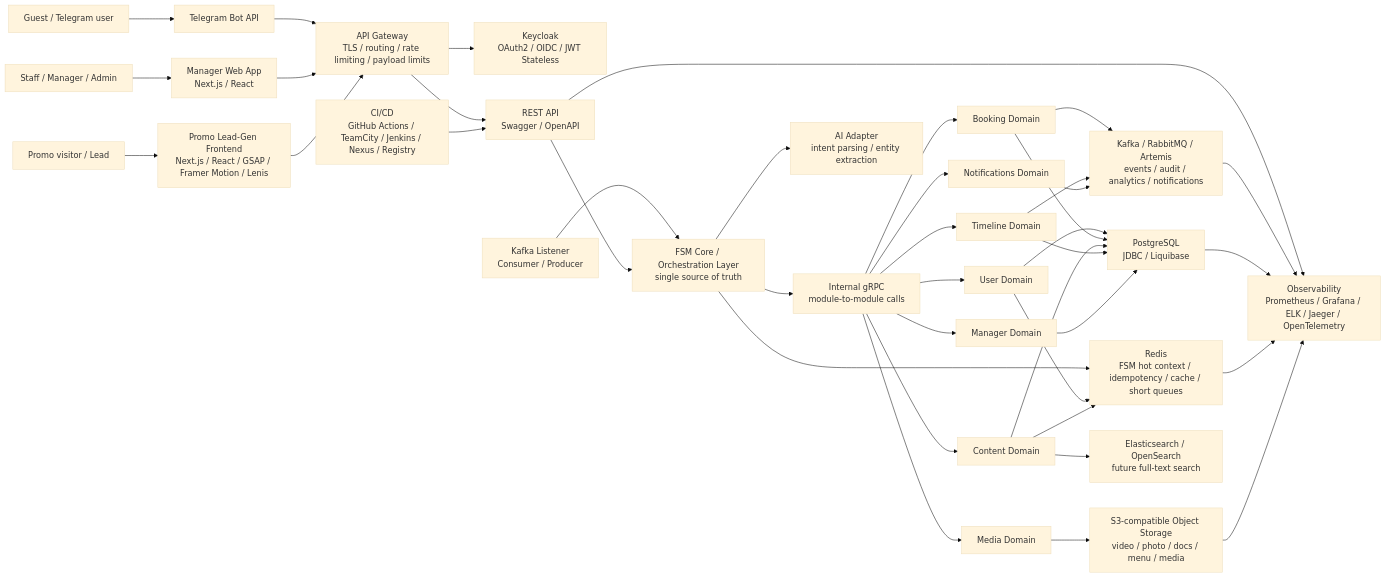
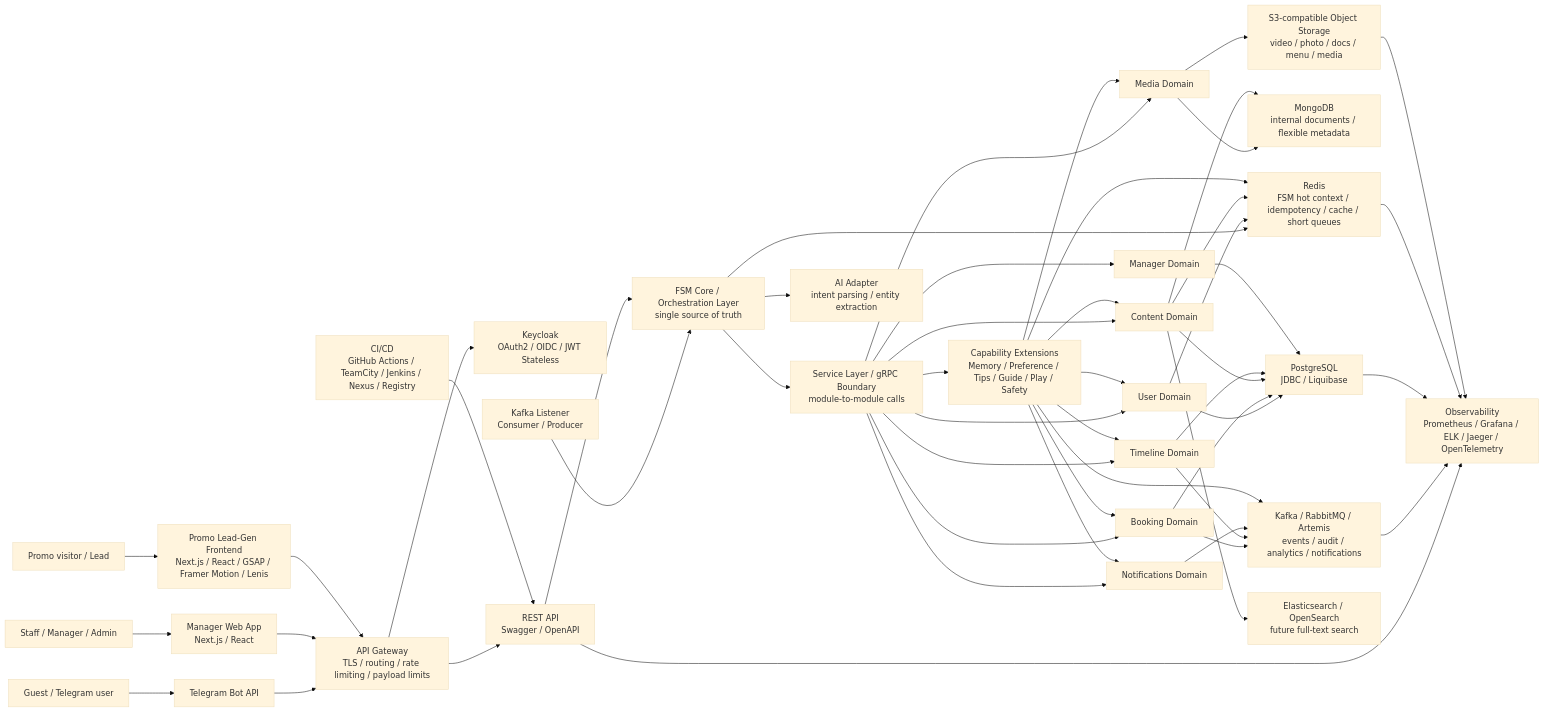
The first of 2 diagrams in docs/ARCHITECTURE.md (michaelwelly/Astor_Butler_MVP), drawn with Mermaid (base theme) before and after one commit. The commit also changed other lines of this file and 72 other files, not shown here.

```diff
--- a/docs/ARCHITECTURE.md
+++ b/docs/ARCHITECTURE.md
@@ -23,7 +23,7 @@
 
     Rest["REST API<br/>Swagger / OpenAPI"]
     KafkaIn["Kafka Listener<br/>Consumer / Producer"]
-    Grpc["Internal gRPC<br/>module-to-module calls"]
+    Services["Service Layer / gRPC Boundary<br/>module-to-module calls"]
 
     FSM["FSM Core / Orchestration Layer<br/>single source of truth"]
     AI["AI Adapter<br/>intent parsing / entity extraction"]
@@ -35,8 +35,10 @@
     Timeline["Timeline Domain"]
     Manager["Manager Domain"]
     Notify["Notifications Domain"]
+    Capability["Capability Extensions<br/>Memory / Preference / Tips / Guide / Play / Safety"]
 
     Pg["PostgreSQL<br/>JDBC / Liquibase"]
+    Mongo["MongoDB<br/>internal documents / flexible metadata"]
     Redis["Redis<br/>FSM hot context / idempotency / cache / short queues"]
     S3["S3-compatible Object Storage<br/>video / photo / docs / menu / media"]
     Kafka["Kafka / RabbitMQ / Artemis<br/>events / audit / analytics / notifications"]
@@ -54,15 +56,23 @@
     KafkaIn --> FSM
     Rest --> FSM
     FSM --> AI
-    FSM --> Grpc
+    FSM --> Services
 
-    Grpc --> User
-    Grpc --> Booking
-    Grpc --> Content
-    Grpc --> Media
-    Grpc --> Timeline
-    Grpc --> Manager
-    Grpc --> Notify
+    Services --> User
+    Services --> Booking
+    Services --> Content
+    Services --> Media
+    Services --> Timeline
+    Services --> Manager
+    Services --> Notify
+    Services --> Capability
+
+    Capability --> User
+    Capability --> Booking
+    Capability --> Content
+    Capability --> Media
+    Capability --> Timeline
+    Capability --> Notify
 
     User --> Pg
     Booking --> Pg
@@ -70,6 +80,8 @@
     Timeline --> Pg
     Manager --> Pg
     Media --> S3
+    Media --> Mongo
+    Content --> Mongo
 
     FSM --> Redis
     User --> Redis
@@ -77,6 +89,8 @@
     Booking --> Kafka
     Timeline --> Kafka
     Notify --> Kafka
+    Capability --> Redis
+    Capability --> Kafka
     Content --> Search
 
     Rest --> Obs
```
